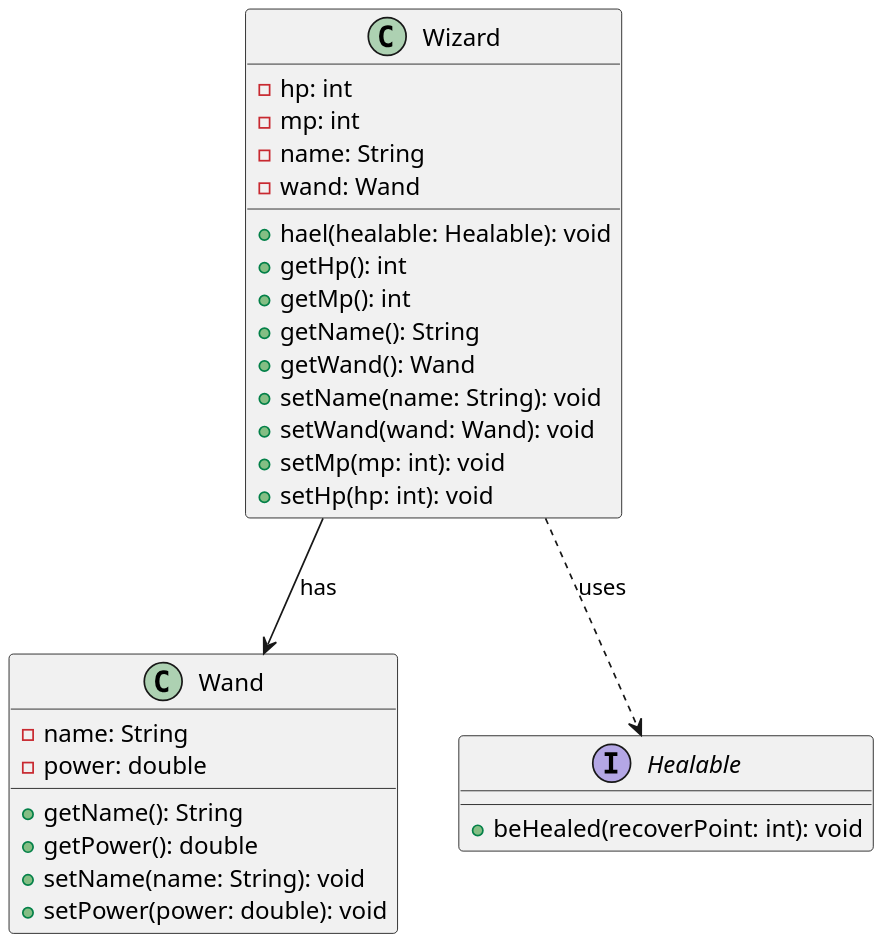
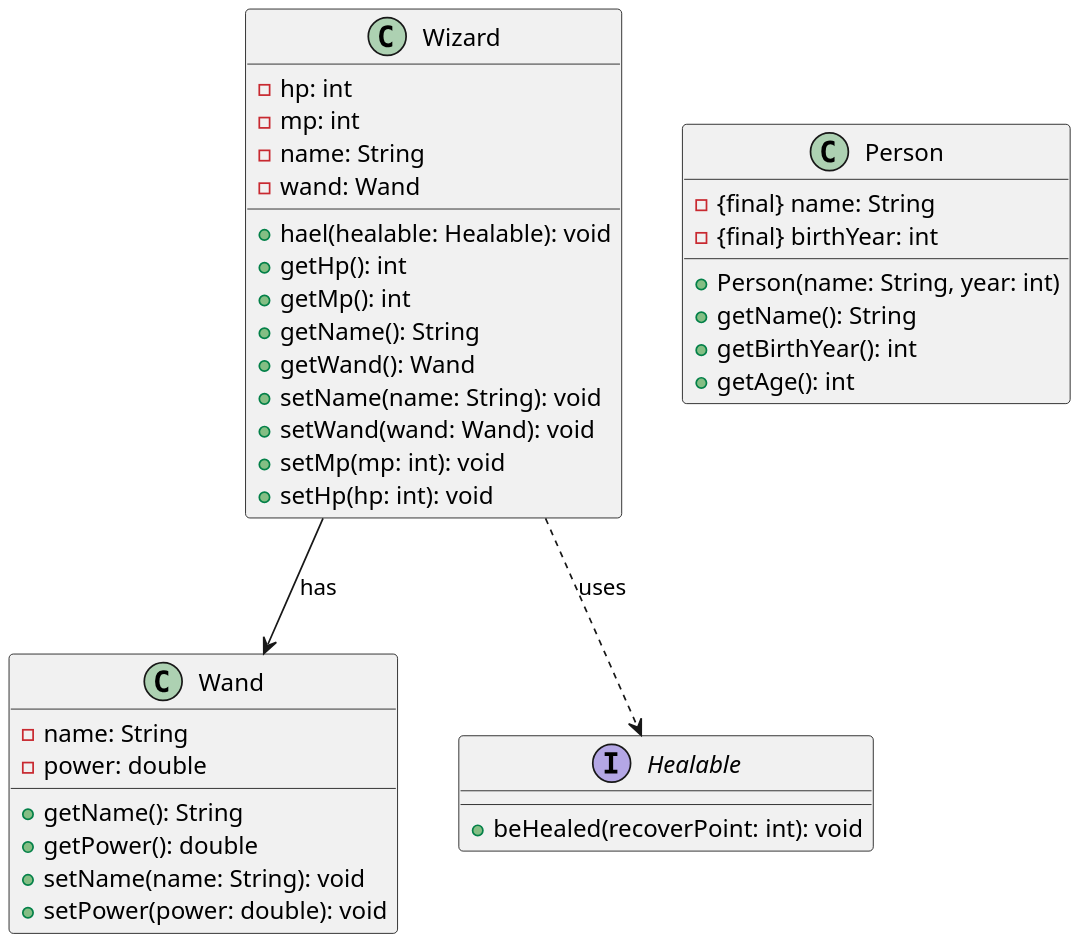
The diagram in src/main/java/com/survivalcoding/ClassUML.puml (SurvivalCodingCampus/polytech_java_study), drawn with PlantUML before and after one commit. The commit also changed 4 other files, not shown here.

Commit message:
feat : Person 클래스 구현 - test Code 작성 - UML 추가

```diff
--- a/src/main/java/com/survivalcoding/ClassUML.puml
+++ b/src/main/java/com/survivalcoding/ClassUML.puml
@@ -1,40 +1,51 @@
 @startuml
 'https://plantuml.com/class-diagram
 
 scale 2
 
 class Wizard {
     - hp: int
     - mp: int
     - name: String
     - wand: Wand
 
     + hael(healable: Healable): void
     + getHp(): int
     + getMp(): int
     + getName(): String
     + getWand(): Wand
     + setName(name: String): void
     + setWand(wand: Wand): void
     + setMp(mp: int): void
     + setHp(hp: int): void
 }
 
 class Wand {
     - name: String
     - power: double
 
     + getName(): String
     + getPower(): double
     + setName(name: String): void
     + setPower(power: double): void
 }
 
 interface Healable {
     + beHealed(recoverPoint: int): void
 }
 
+class Person {
+    - {final} name: String
+    - {final} birthYear: int
+
+    + Person(name: String, year: int)
+    + getName(): String
+    + getBirthYear(): int
+    + getAge(): int
+}
+
+
 Wizard --> Wand : has
 Wizard ..> Healable : uses
 
 @enduml
```
